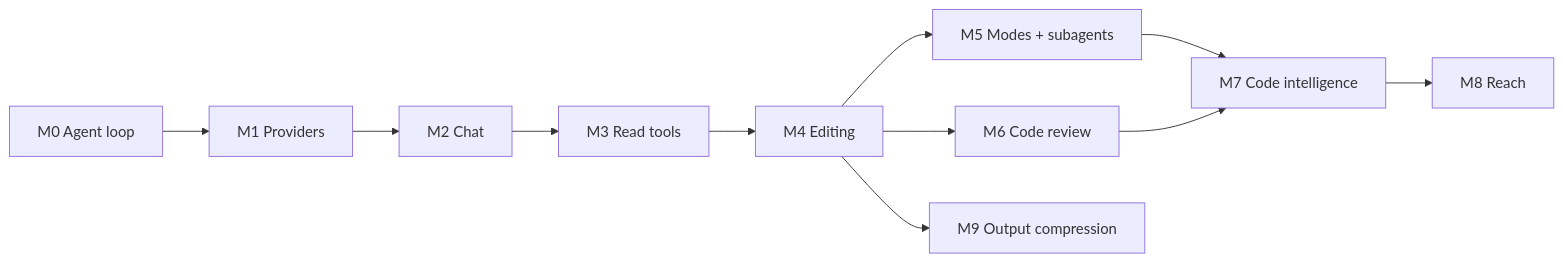
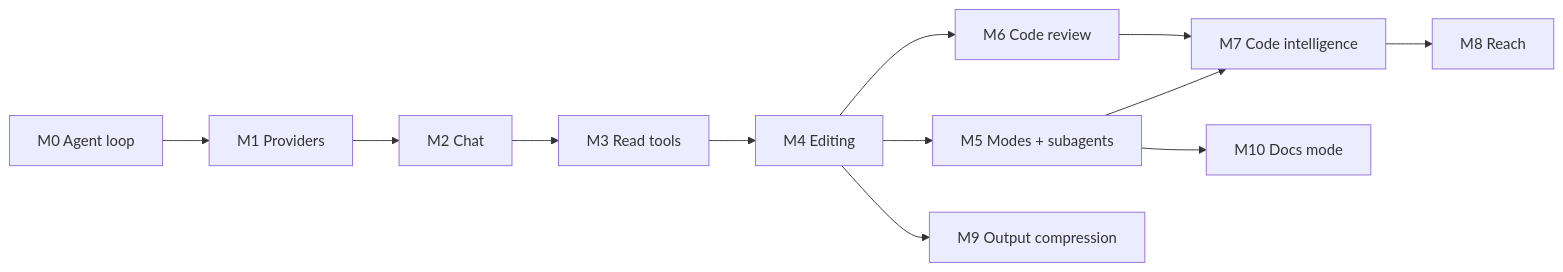
One commit to cgund98/robi changed the diagram in docs/src/roadmap.md. Above: the diagram before and after it, drawn with Mermaid. The commit also changed other lines of this file and 33 other files, not shown here.

````diff
--- a/docs/src/roadmap.md
+++ b/docs/src/roadmap.md
@@ -56,13 +57,14 @@
 ```mermaid
 graph LR
   M0[M0 Agent loop] --> M1[M1 Providers]
   M1 --> M2[M2 Chat]
   M2 --> M3[M3 Read tools]
   M3 --> M4[M4 Editing]
   M4 --> M5[M5 Modes + subagents]
   M4 --> M6[M6 Code review]
   M5 --> M7[M7 Code intelligence]
   M6 --> M7
   M7 --> M8[M8 Reach]
   M4 --> M9[M9 Output compression]
+  M5 --> M10[M10 Docs mode]
 ```
````
